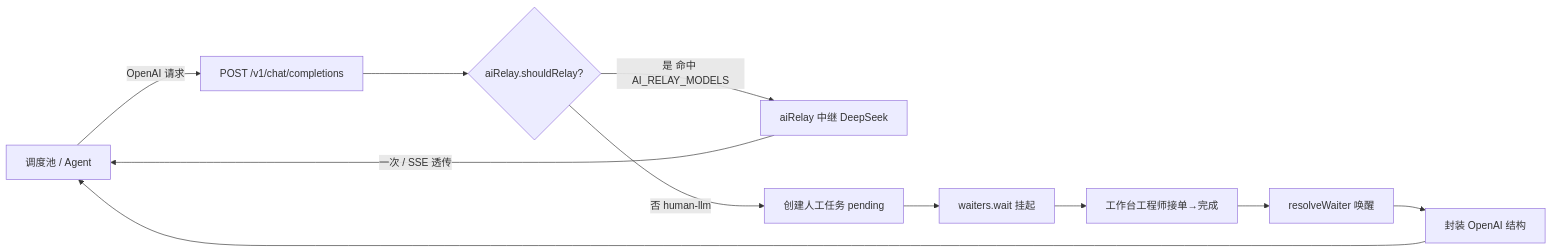
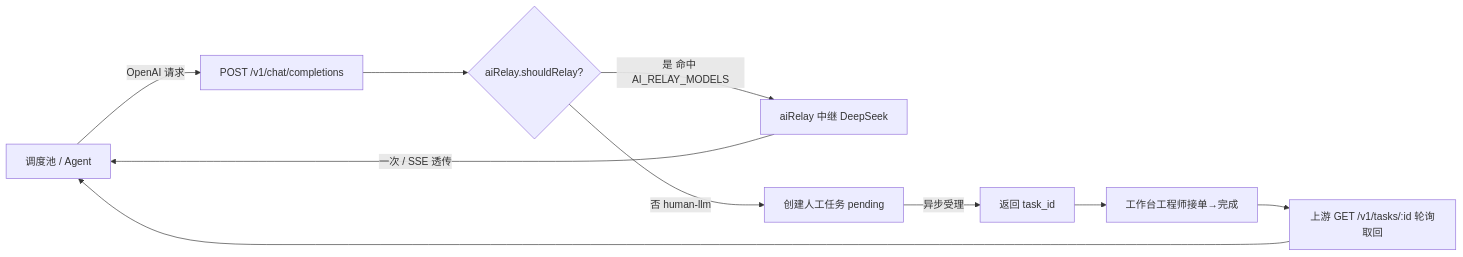
The first of 2 diagrams in docs/ARCHITECTURE.md (leenkcool/humanasllm), drawn with Mermaid before and after one commit. The commit also changed other lines of this file and 7 other files, not shown here.

First line of the commit message:
fix: 恢复 PRD 路由挂载 + 清理 waitForTask 死代码 + 文档对齐

````diff
--- a/docs/ARCHITECTURE.md
+++ b/docs/ARCHITECTURE.md
@@ -44,13 +48,12 @@
 ```mermaid
 flowchart LR
   A[调度池 / Agent] -->|OpenAI 请求| B[POST /v1/chat/completions]
   B --> C{aiRelay.shouldRelay?}
   C -->|是 命中 AI_RELAY_MODELS| D[aiRelay 中继 DeepSeek]
   D -->|一次 / SSE 透传| A
   C -->|否 human-llm| E[创建人工任务 pending]
-  E --> F[waiters.wait 挂起]
+  E -->|异步受理| F[返回 task_id]
   F --> G[工作台工程师接单→完成]
-  G --> H[resolveWaiter 唤醒]
-  H --> I[封装 OpenAI 结构]
-  I --> A
+  G --> H[上游 GET /v1/tasks/:id 轮询取回]
+  H --> A
 ```
````
